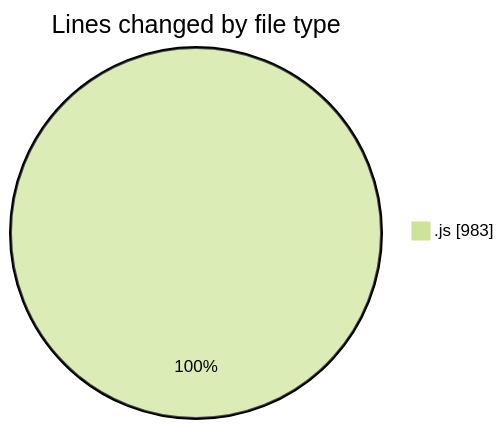
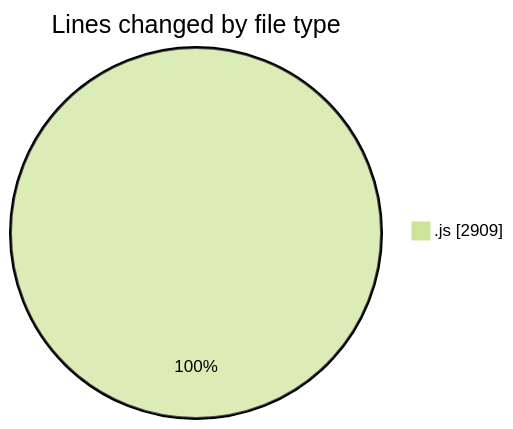
One commit to becaeroporto-bot/code-tracking changed the first of 2 diagrams in 2026-02-17/bot_v1_2/README.md. Above: the diagram before and after it, drawn with Mermaid (forest theme). The commit also changed other lines of this file and 1 other file, not shown here.

````diff
--- a/2026-02-17/bot_v1_2/README.md
+++ b/2026-02-17/bot_v1_2/README.md
@@ -20,5 +23,5 @@
 ```mermaid
 pie showData
 title Lines changed by file type
-".js" : 983
+".js" : 2909
 ```
````
